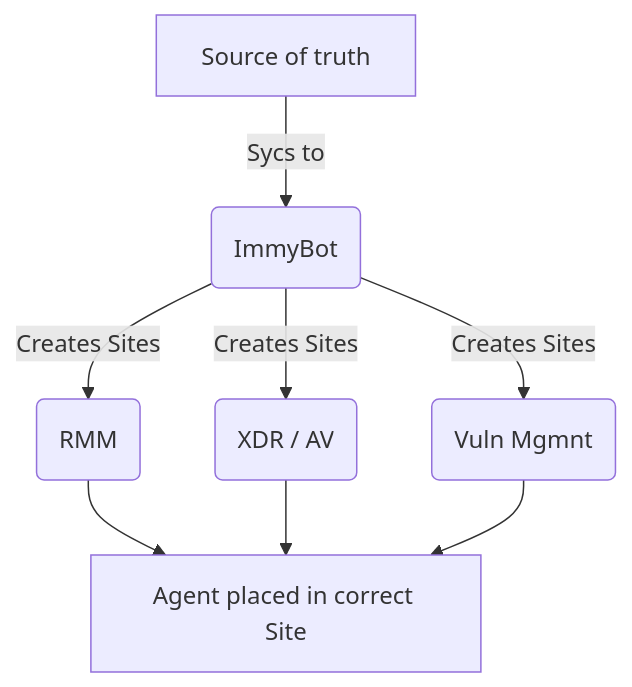
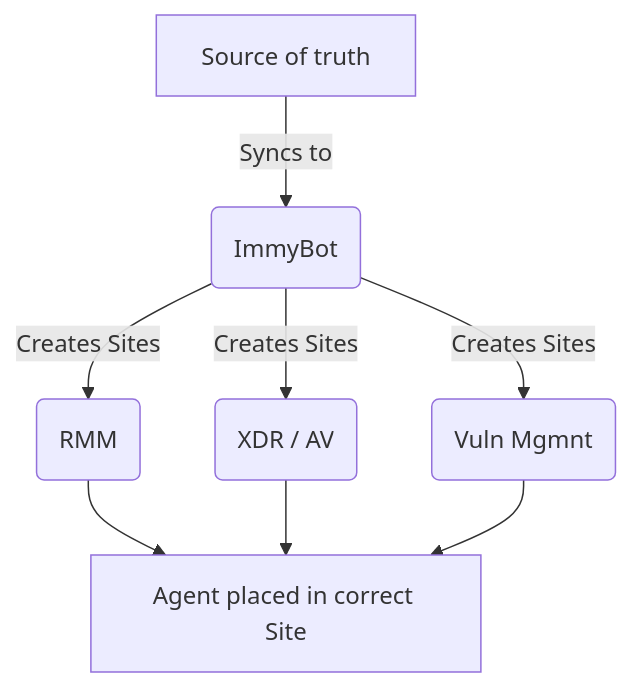
The diagram in Documentation/GettingStarted/instance-onboarding.md (immense/immybot-documentation), drawn with Mermaid before and after one commit. The commit also changed other lines of this file and 18 other files, not shown here.

````diff
--- a/Documentation/GettingStarted/instance-onboarding.md
+++ b/Documentation/GettingStarted/instance-onboarding.md
@@ -18,10 +18,10 @@
 ```mermaid
 flowchart TD
-    A[Source of truth] -->|Sycs to| B(ImmyBot)
+    A[Source of truth] -->|Syncs to| B(ImmyBot)
     B --> |Creates Sites|C(RMM)
     B --> |Creates Sites|D(XDR / AV)
     B --> |Creates Sites|F(Vuln Mgmnt)
     C --> E[Agent placed in correct Site]
     D --> E
     F --> E
 ```
````
